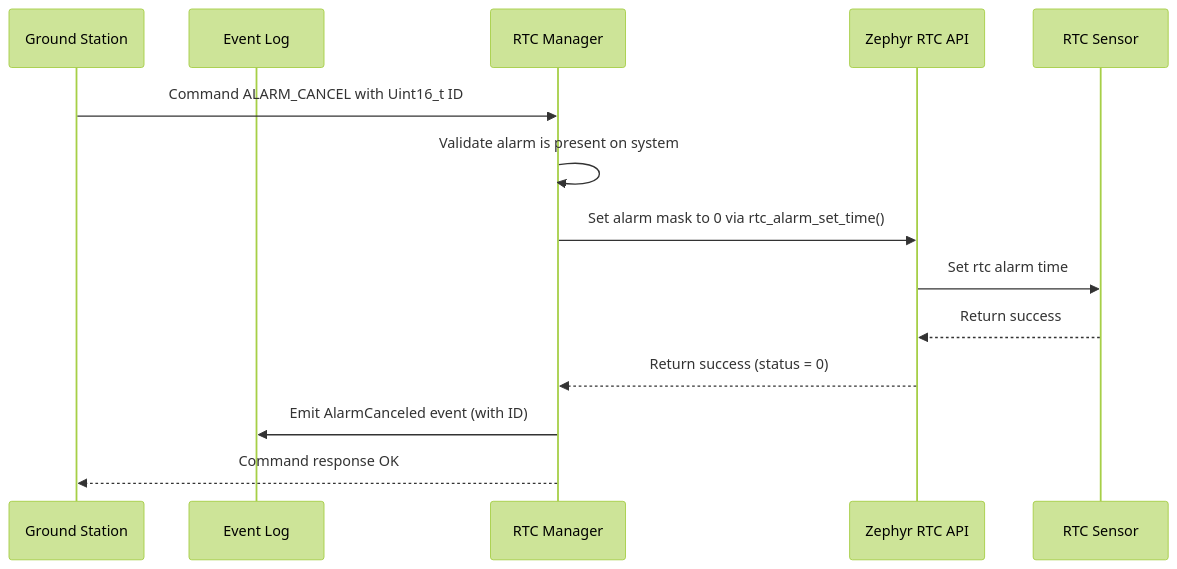
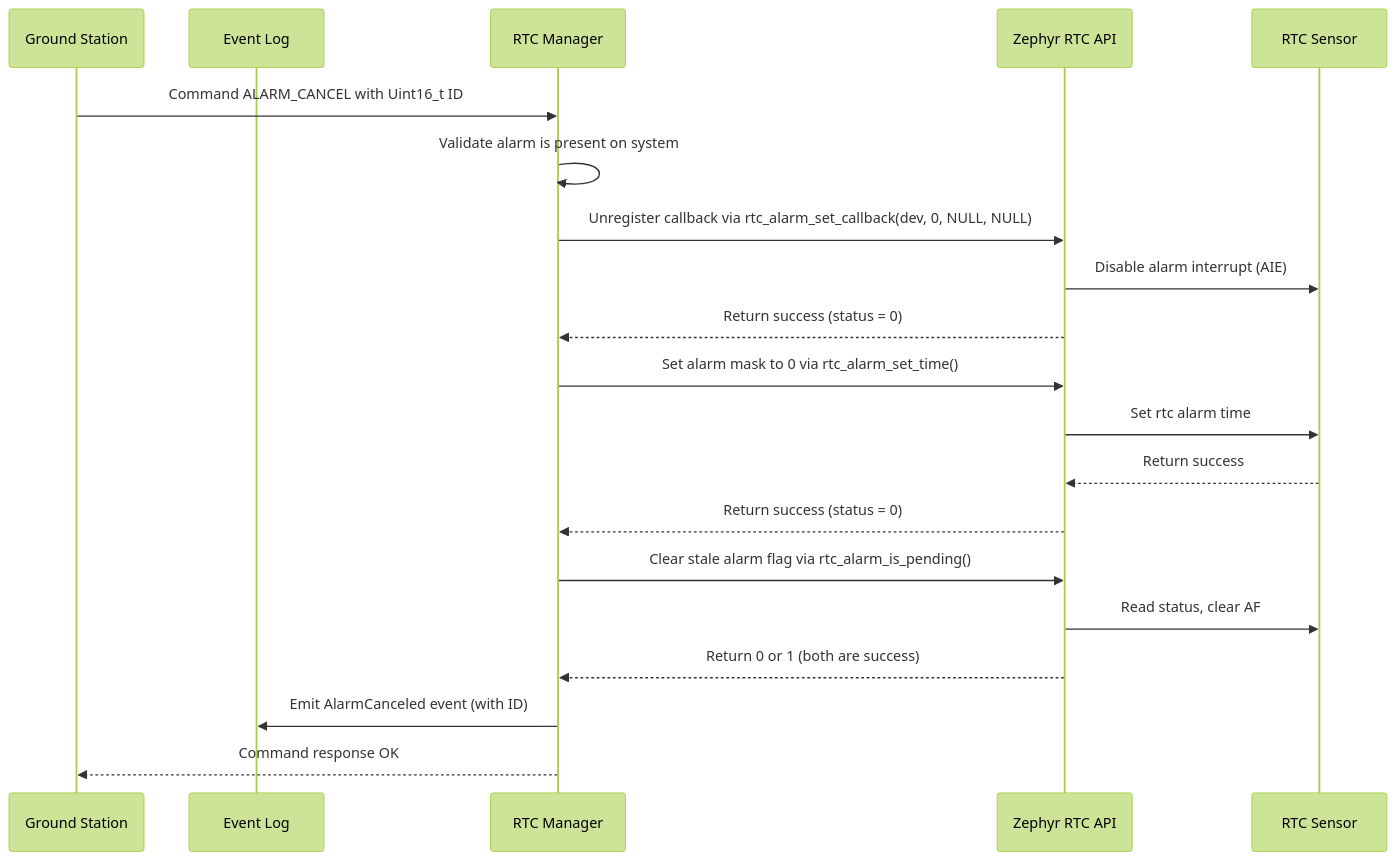
One commit to Open-Source-Space-Foundation/proves-core-reference changed diagram 12 of 17 in docs-site/components/RtcManager.md. Above: the diagram before and after it, drawn with Mermaid (forest theme). The commit also changed other lines of this file and 5 other files, not shown here.

Commit message:
fix(rtc): alarm interrupt path (#524)

````diff
--- a/docs-site/components/RtcManager.md
+++ b/docs-site/components/RtcManager.md
@@ -412,17 +440,23 @@
 ```mermaid
 sequenceDiagram
     participant Ground Station
     participant Event Log
     participant RTC Manager
     participant Zephyr RTC API
     participant RTC Sensor
 
     Ground Station->>RTC Manager: Command ALARM_CANCEL with Uint16_t ID
     RTC Manager->>RTC Manager: Validate alarm is present on system
+    RTC Manager->>Zephyr RTC API: Unregister callback via rtc_alarm_set_callback(dev, 0, NULL, NULL)
+    Zephyr RTC API->>RTC Sensor: Disable alarm interrupt (AIE)
+    Zephyr RTC API-->>RTC Manager: Return success (status = 0)
     RTC Manager->>Zephyr RTC API: Set alarm mask to 0 via rtc_alarm_set_time()
     Zephyr RTC API->>RTC Sensor: Set rtc alarm time
     RTC Sensor-->>Zephyr RTC API: Return success
     Zephyr RTC API-->>RTC Manager: Return success (status = 0)
+    RTC Manager->>Zephyr RTC API: Clear stale alarm flag via rtc_alarm_is_pending()
+    Zephyr RTC API->>RTC Sensor: Read status, clear AF
+    Zephyr RTC API-->>RTC Manager: Return 0 or 1 (both are success)
     RTC Manager->>Event Log: Emit AlarmCanceled event (with ID)
     RTC Manager-->>Ground Station: Command response OK
 ```
````
